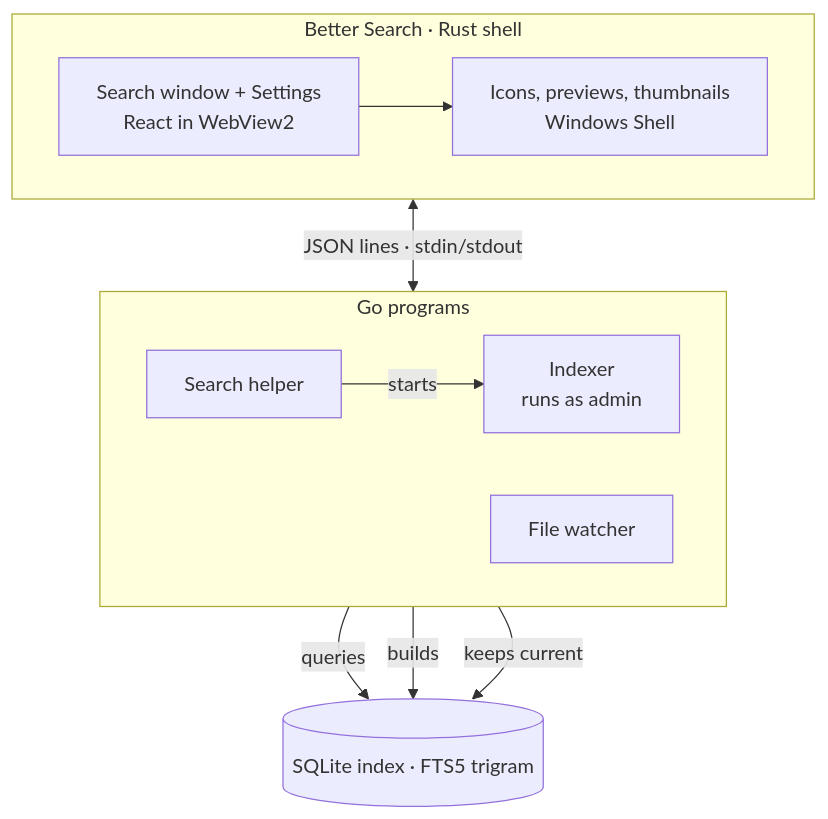
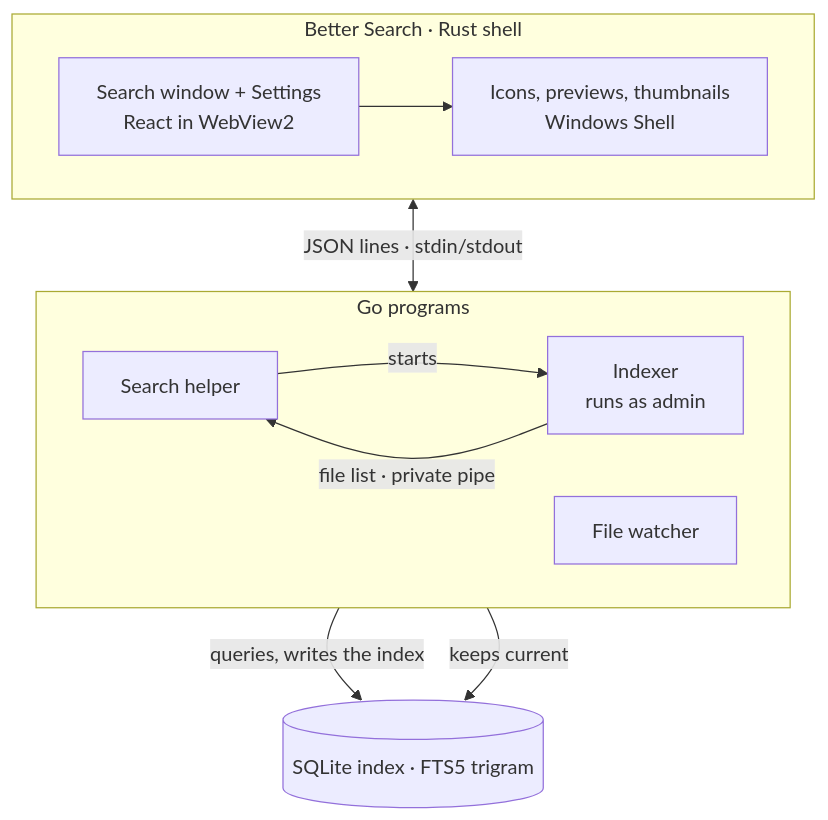
One commit to atharv-rem/better-search changed the diagram in docs/diagrams/architecture.mmd. Above: the diagram before and after it, drawn with Mermaid. The commit also changed 17 other files, not shown here.

First line of the commit message:
feat(diagrams): update architecture diagrams and flowchart

```diff
--- a/docs/diagrams/architecture.mmd
+++ b/docs/diagrams/architecture.mmd
@@ -1,20 +1,20 @@
 flowchart TB
   subgraph App["Better Search · Rust shell"]
     direction LR
     UI["Search window + Settings<br/>React in WebView2"]
     Shell["Icons, previews, thumbnails<br/>Windows Shell"]
   end
   subgraph Go["Go programs"]
     direction LR
     Helper["Search helper"]
     Indexer["Indexer<br/>runs as admin"]
     Watcher["File watcher"]
   end
   DB[("SQLite index · FTS5 trigram")]
 
   UI --> Shell
   UI <-->|"JSON lines · stdin/stdout"| Helper
   Helper -->|starts| Indexer
-  Helper -->|queries| DB
-  Indexer -->|builds| DB
+  Indexer -->|"file list · private pipe"| Helper
+  Helper -->|"queries, writes the index"| DB
   Watcher -->|keeps current| DB
```
